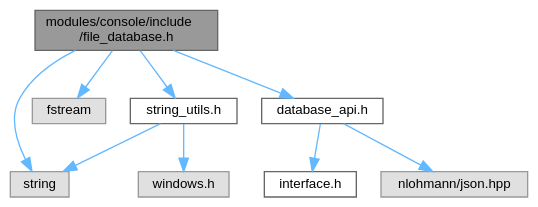
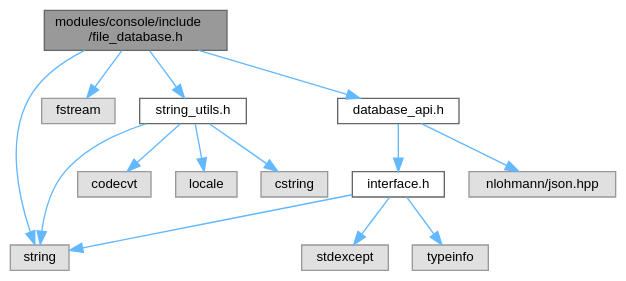
The diagram in file__database_8h__incl.dot (netkeep80/jsonRVM), drawn with Graphviz before and after one commit. The commit also changed 169 other files, not shown here.

```diff
--- a/file__database_8h__incl.dot
+++ b/file__database_8h__incl.dot
@@ -1,23 +1,32 @@
 digraph "modules/console/include/file_database.h"
 {
  // LATEX_PDF_SIZE
   bgcolor="transparent";
   edge [fontname=Helvetica,fontsize=10,labelfontname=Helvetica,labelfontsize=10];
   node [fontname=Helvetica,fontsize=10,shape=box,height=0.2,width=0.4];
   Node1 [id="Node000001",label="modules/console/include\l/file_database.h",height=0.2,width=0.4,color="gray40", fillcolor="grey60", style="filled", fontcolor="black",tooltip=" "];
   Node1 -> Node2 [id="edge1_Node000001_Node000002",color="steelblue1",style="solid",tooltip=" "];
   Node2 [id="Node000002",label="string",height=0.2,width=0.4,color="grey60", fillcolor="#E0E0E0", style="filled",tooltip=" "];
   Node1 -> Node3 [id="edge2_Node000001_Node000003",color="steelblue1",style="solid",tooltip=" "];
   Node3 [id="Node000003",label="fstream",height=0.2,width=0.4,color="grey60", fillcolor="#E0E0E0", style="filled",tooltip=" "];
   Node1 -> Node4 [id="edge3_Node000001_Node000004",color="steelblue1",style="solid",tooltip=" "];
   Node4 [id="Node000004",label="string_utils.h",height=0.2,width=0.4,color="grey40", fillcolor="white", style="filled",URL="$string__utils_8h.html",tooltip=" "];
   Node4 -> Node2 [id="edge4_Node000004_Node000002",color="steelblue1",style="solid",tooltip=" "];
   Node4 -> Node5 [id="edge5_Node000004_Node000005",color="steelblue1",style="solid",tooltip=" "];
-  Node5 [id="Node000005",label="windows.h",height=0.2,width=0.4,color="grey60", fillcolor="#E0E0E0", style="filled",tooltip=" "];
-  Node1 -> Node6 [id="edge6_Node000001_Node000006",color="steelblue1",style="solid",tooltip=" "];
-  Node6 [id="Node000006",label="database_api.h",height=0.2,width=0.4,color="grey40", fillcolor="white", style="filled",URL="$database__api_8h.html",tooltip=" "];
-  Node6 -> Node7 [id="edge7_Node000006_Node000007",color="steelblue1",style="solid",tooltip=" "];
-  Node7 [id="Node000007",label="interface.h",height=0.2,width=0.4,color="grey40", fillcolor="white", style="filled",URL="$interface_8h.html",tooltip=" "];
-  Node6 -> Node8 [id="edge8_Node000006_Node000008",color="steelblue1",style="solid",tooltip=" "];
-  Node8 [id="Node000008",label="nlohmann/json.hpp",height=0.2,width=0.4,color="grey60", fillcolor="#E0E0E0", style="filled",tooltip=" "];
+  Node5 [id="Node000005",label="codecvt",height=0.2,width=0.4,color="grey60", fillcolor="#E0E0E0", style="filled",tooltip=" "];
+  Node4 -> Node6 [id="edge6_Node000004_Node000006",color="steelblue1",style="solid",tooltip=" "];
+  Node6 [id="Node000006",label="locale",height=0.2,width=0.4,color="grey60", fillcolor="#E0E0E0", style="filled",tooltip=" "];
+  Node4 -> Node7 [id="edge7_Node000004_Node000007",color="steelblue1",style="solid",tooltip=" "];
+  Node7 [id="Node000007",label="cstring",height=0.2,width=0.4,color="grey60", fillcolor="#E0E0E0", style="filled",tooltip=" "];
+  Node1 -> Node8 [id="edge8_Node000001_Node000008",color="steelblue1",style="solid",tooltip=" "];
+  Node8 [id="Node000008",label="database_api.h",height=0.2,width=0.4,color="grey40", fillcolor="white", style="filled",URL="$database__api_8h.html",tooltip=" "];
+  Node8 -> Node9 [id="edge9_Node000008_Node000009",color="steelblue1",style="solid",tooltip=" "];
+  Node9 [id="Node000009",label="interface.h",height=0.2,width=0.4,color="grey40", fillcolor="white", style="filled",URL="$interface_8h.html",tooltip=" "];
+  Node9 -> Node10 [id="edge10_Node000009_Node000010",color="steelblue1",style="solid",tooltip=" "];
+  Node10 [id="Node000010",label="stdexcept",height=0.2,width=0.4,color="grey60", fillcolor="#E0E0E0", style="filled",tooltip=" "];
+  Node9 -> Node2 [id="edge11_Node000009_Node000002",color="steelblue1",style="solid",tooltip=" "];
+  Node9 -> Node11 [id="edge12_Node000009_Node000011",color="steelblue1",style="solid",tooltip=" "];
+  Node11 [id="Node000011",label="typeinfo",height=0.2,width=0.4,color="grey60", fillcolor="#E0E0E0", style="filled",tooltip=" "];
+  Node8 -> Node12 [id="edge13_Node000008_Node000012",color="steelblue1",style="solid",tooltip=" "];
+  Node12 [id="Node000012",label="nlohmann/json.hpp",height=0.2,width=0.4,color="grey60", fillcolor="#E0E0E0", style="filled",tooltip=" "];
 }
```
